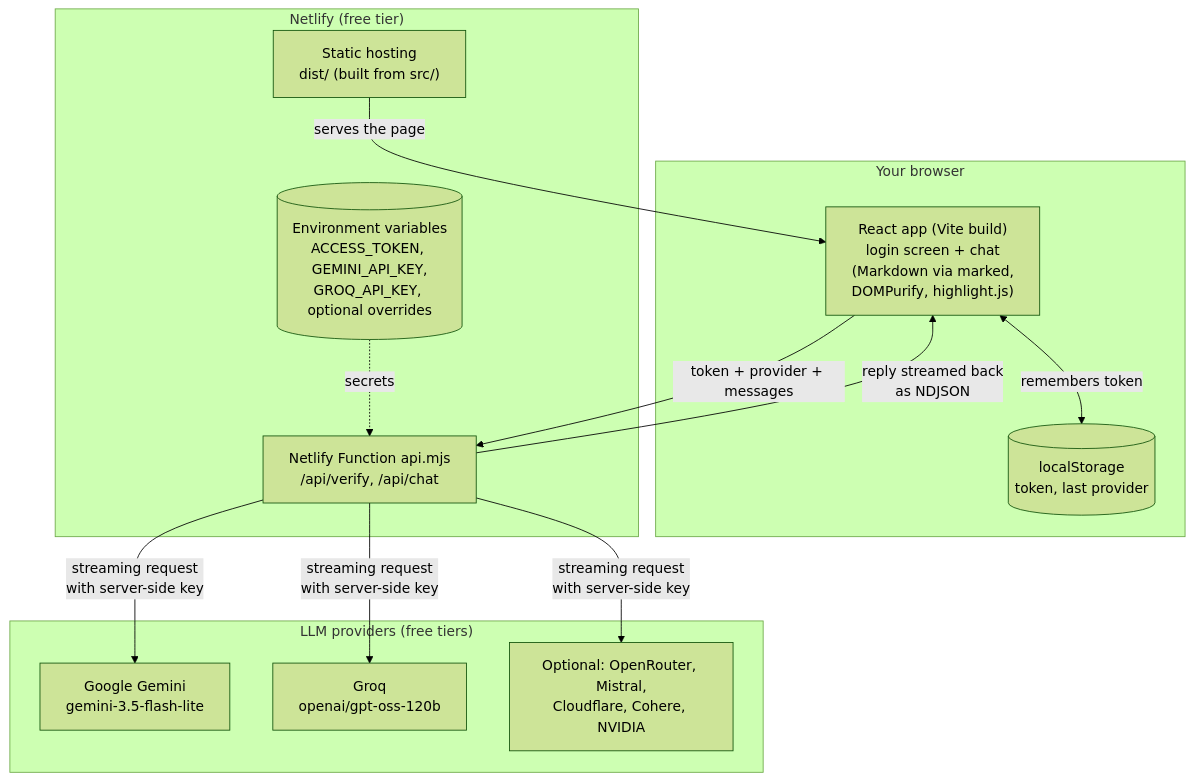
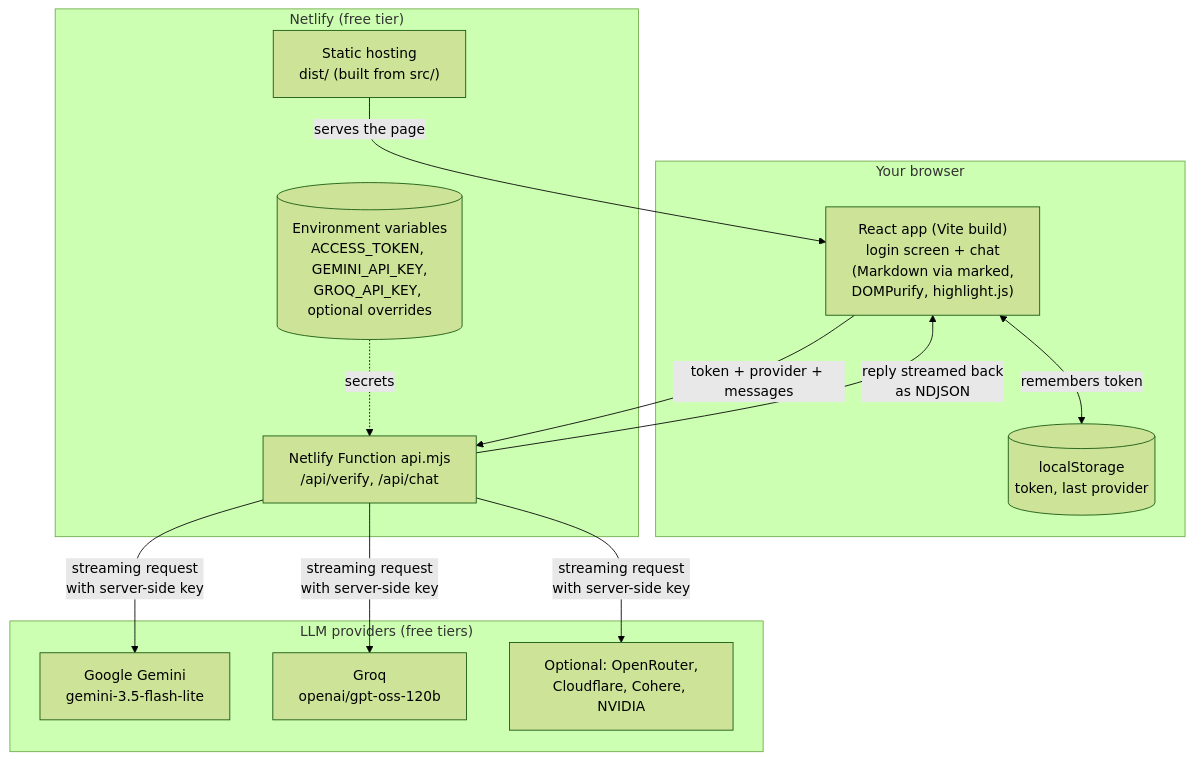
Before and after one commit to willamesoares/llmate: the first of 2 diagrams in README.md, drawn with Mermaid (forest theme). The commit also changed other lines of this file and 4 other files, not shown here.

````diff
--- a/README.md
+++ b/README.md
@@ -109,28 +102,28 @@
 ```mermaid
 flowchart TB
     subgraph Browser["Your browser"]
         UI["React app (Vite build)<br/>login screen + chat<br/>(Markdown via marked,<br/>DOMPurify, highlight.js)"]
         LS[("localStorage<br/>token, last provider")]
     end
 
     subgraph Netlify["Netlify (free tier)"]
         STATIC["Static hosting<br/>dist/ (built from src/)"]
         FN["Netlify Function api.mjs<br/>/api/verify, /api/chat"]
         ENV[("Environment variables<br/>ACCESS_TOKEN, GEMINI_API_KEY,<br/>GROQ_API_KEY, optional overrides")]
     end
 
     subgraph Providers["LLM providers (free tiers)"]
         GEM["Google Gemini<br/>gemini-3.5-flash-lite"]
         GROQ["Groq<br/>openai/gpt-oss-120b"]
-        MORE["Optional: OpenRouter, Mistral,<br/>Cloudflare, Cohere, NVIDIA"]
+        MORE["Optional: OpenRouter,<br/>Cloudflare, Cohere, NVIDIA"]
     end
 
     STATIC -- "serves the page" --> UI
     UI <-- "remembers token" --> LS
     UI -- "token + provider + messages" --> FN
     ENV -. "secrets" .-> FN
     FN -- "streaming request<br/>with server-side key" --> GEM
     FN -- "streaming request<br/>with server-side key" --> GROQ
     FN -- "streaming request<br/>with server-side key" --> MORE
     FN -- "reply streamed back<br/>as NDJSON" --> UI
 ```
````
